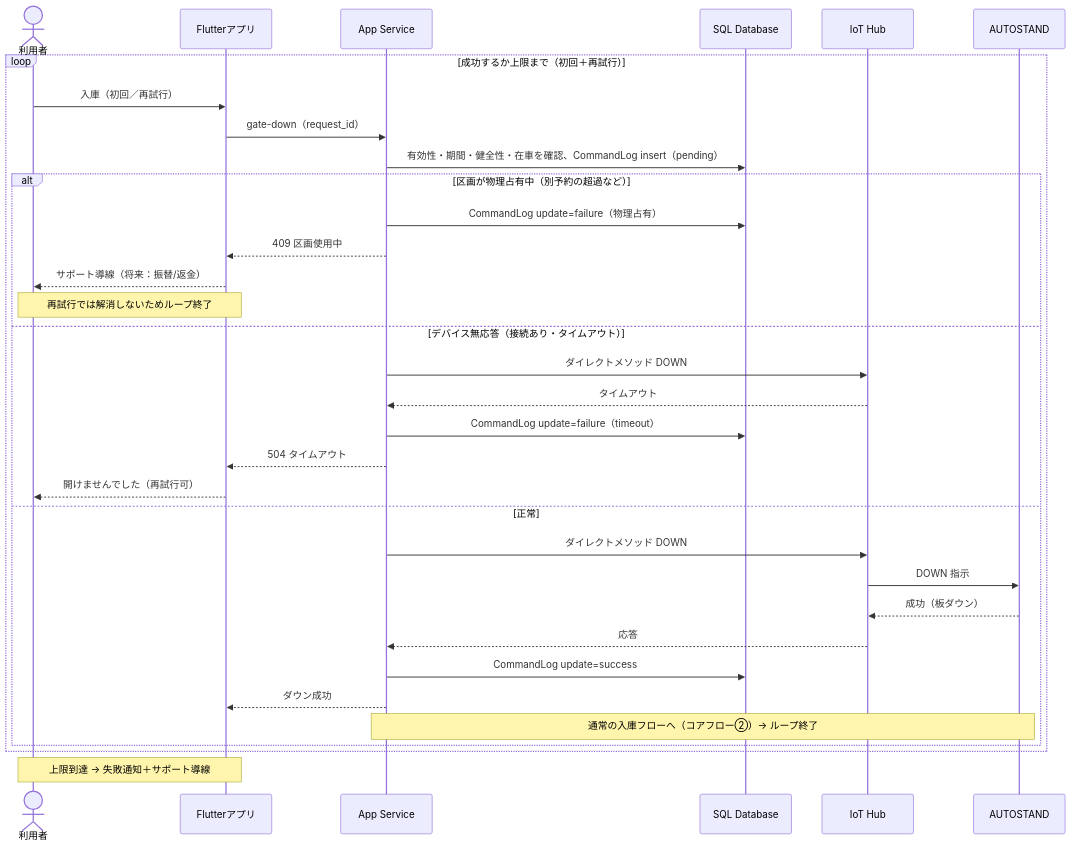
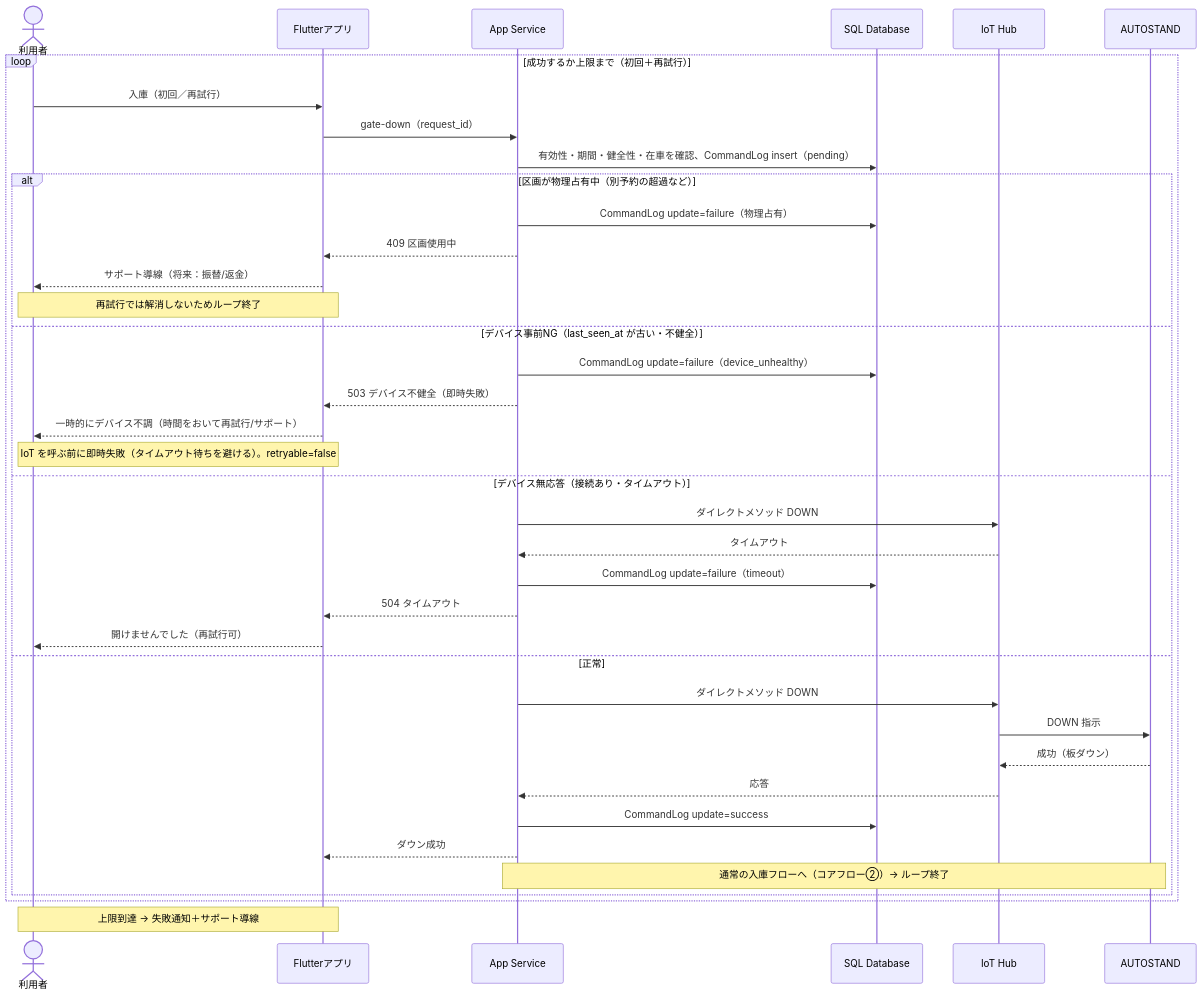
Before and after one commit to NEWGATE-engineer/test-parking-calendar-reservation: the diagram in docs/architecture/sequences/駐車場予約システム シーケンス図（DOWN 失敗フロー・F4-6）.md, drawn with Mermaid. The commit also changed other lines of this file and 6 other files, not shown here.

````diff
--- a/docs/architecture/sequences/駐車場予約システム シーケンス図（DOWN 失敗フロー・F4-6）.md
+++ b/docs/architecture/sequences/駐車場予約システム シーケンス図（DOWN 失敗フロー・F4-6）.md
@@ -9,36 +9,41 @@
 ```mermaid
 sequenceDiagram
   actor U as 利用者
   participant A as Flutterアプリ
   participant API as App Service
   participant DB as SQL Database
   participant H as IoT Hub
   participant D as AUTOSTAND
 
   loop 成功するか上限まで（初回＋再試行）
     U->>A: 入庫（初回／再試行）
     A->>API: gate-down（request_id）
     API->>DB: 有効性・期間・健全性・在車を確認、CommandLog insert（pending）
     alt 区画が物理占有中（別予約の超過など）
       API->>DB: CommandLog update=failure（物理占有）
       API-->>A: 409 区画使用中
       A-->>U: サポート導線（将来：振替/返金）
       Note over A,U: 再試行では解消しないためループ終了
+    else デバイス事前NG（last_seen_at が古い・不健全）
+      API->>DB: CommandLog update=failure（device_unhealthy）
+      API-->>A: 503 デバイス不健全（即時失敗）
+      A-->>U: 一時的にデバイス不調（時間をおいて再試行/サポート）
+      Note over A,U: IoT を呼ぶ前に即時失敗（タイムアウト待ちを避ける）。retryable=false
     else デバイス無応答（接続あり・タイムアウト）
       API->>H: ダイレクトメソッド DOWN
       H-->>API: タイムアウト
       API->>DB: CommandLog update=failure（timeout）
       API-->>A: 504 タイムアウト
       A-->>U: 開けませんでした（再試行可）
     else 正常
       API->>H: ダイレクトメソッド DOWN
       H->>D: DOWN 指示
       D-->>H: 成功（板ダウン）
       H-->>API: 応答
       API->>DB: CommandLog update=success
       API-->>A: ダウン成功
       Note over API,D: 通常の入庫フローへ（コアフロー②）→ ループ終了
     end
   end
   Note over A,U: 上限到達 → 失敗通知＋サポート導線
 ```
````
